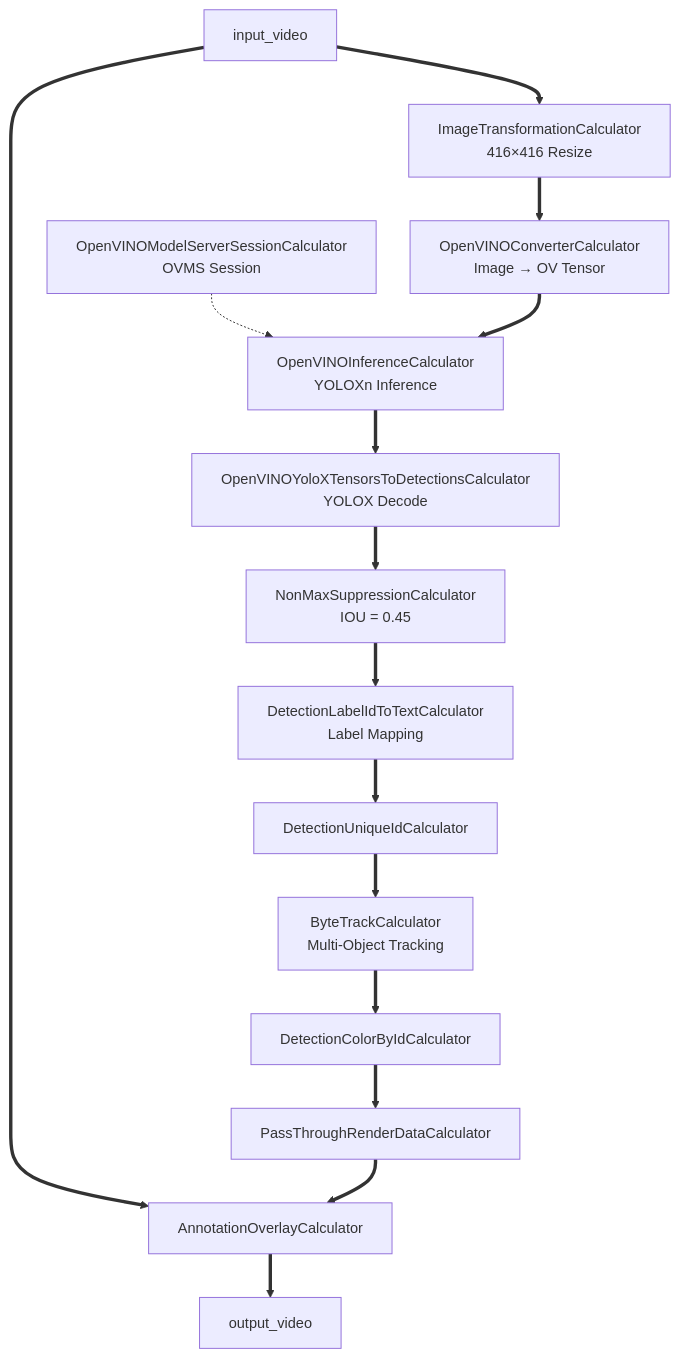
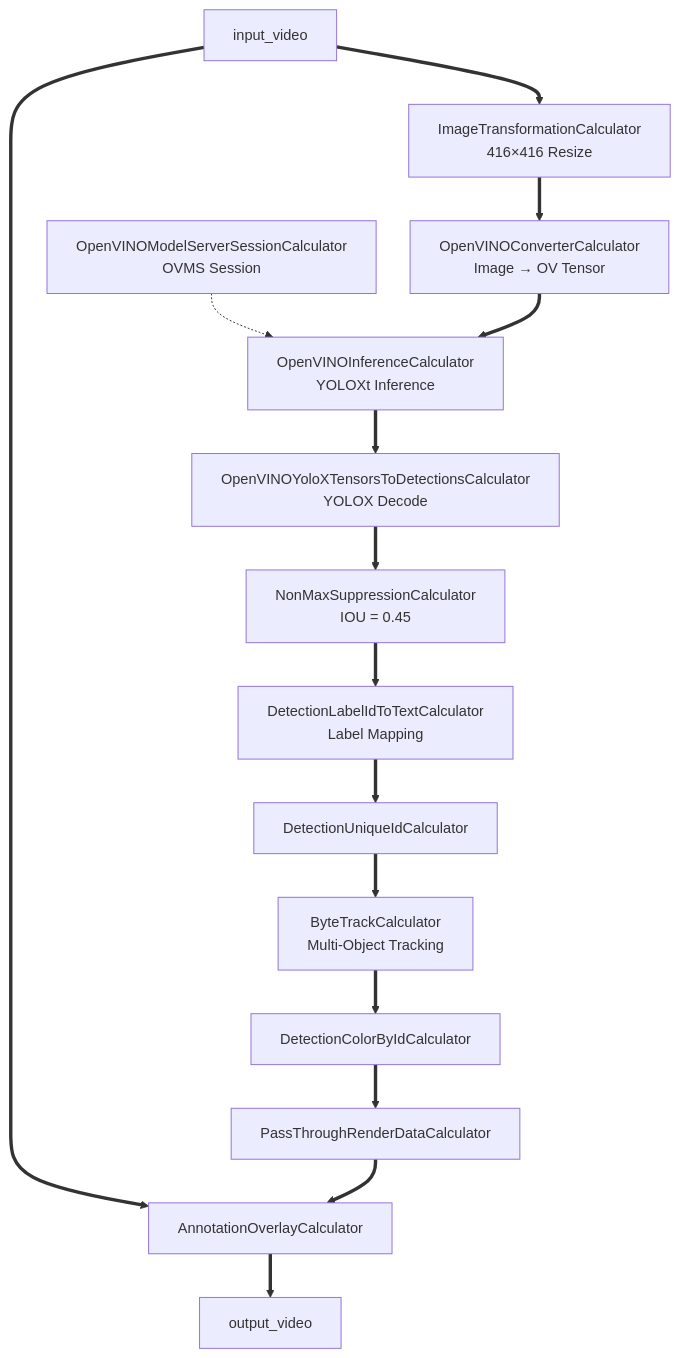
The second of 2 diagrams in mediapipe/examples/desktop/bytetrack/README.md (openvinotoolkit/mediapipe), drawn with Mermaid before and after one commit. The commit also changed other lines of this file and 2 other files, not shown here.

````diff
--- a/mediapipe/examples/desktop/bytetrack/README.md
+++ b/mediapipe/examples/desktop/bytetrack/README.md
@@ -147,46 +146,46 @@
 ```mermaid
 %%{init: {
 "flowchart": {
     "nodeSpacing": 35,
     "rankSpacing": 45,
     "curve": "basis"
 },
 "themeVariables": {
     "fontSize": "15px"
 }
 }}%%
 
 flowchart TD
 
     A["input_video"]
 
     A ==> B["ImageTransformationCalculator<br/>416×416 Resize"]
 
     B ==> C["OpenVINOConverterCalculator<br/>Image → OV Tensor"]
 
     S["OpenVINOModelServerSessionCalculator<br/>OVMS Session"]
 
     S -.-> D
 
-    C ==> D["OpenVINOInferenceCalculator<br/>YOLOXn Inference"]
+    C ==> D["OpenVINOInferenceCalculator<br/>YOLOXt Inference"]
 
     D ==> E["OpenVINOYoloXTensorsToDetectionsCalculator<br/>YOLOX Decode"]
 
     E ==> F["NonMaxSuppressionCalculator<br/>IOU = 0.45"]
 
     F ==> G["DetectionLabelIdToTextCalculator<br/>Label Mapping"]
 
     G ==> H["DetectionUniqueIdCalculator"]
 
     H ==> I["ByteTrackCalculator<br/>Multi-Object Tracking"]
 
     I ==> J["DetectionColorByIdCalculator"]
 
     J ==> K["PassThroughRenderDataCalculator"]
 
     A ==> L["AnnotationOverlayCalculator"]
 
     K ==> L
 
     L ==> M["output_video"]
 ```
````
